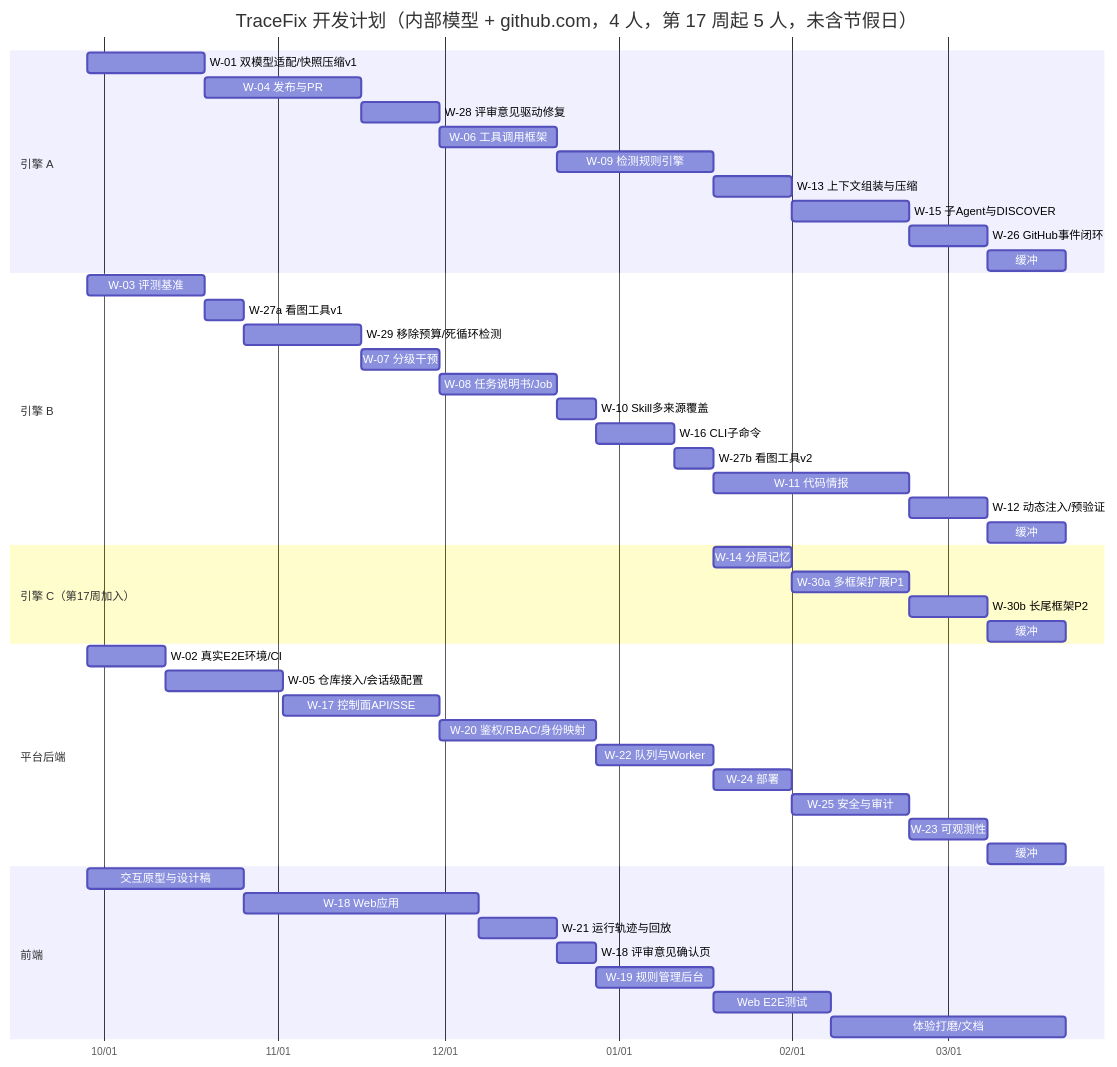
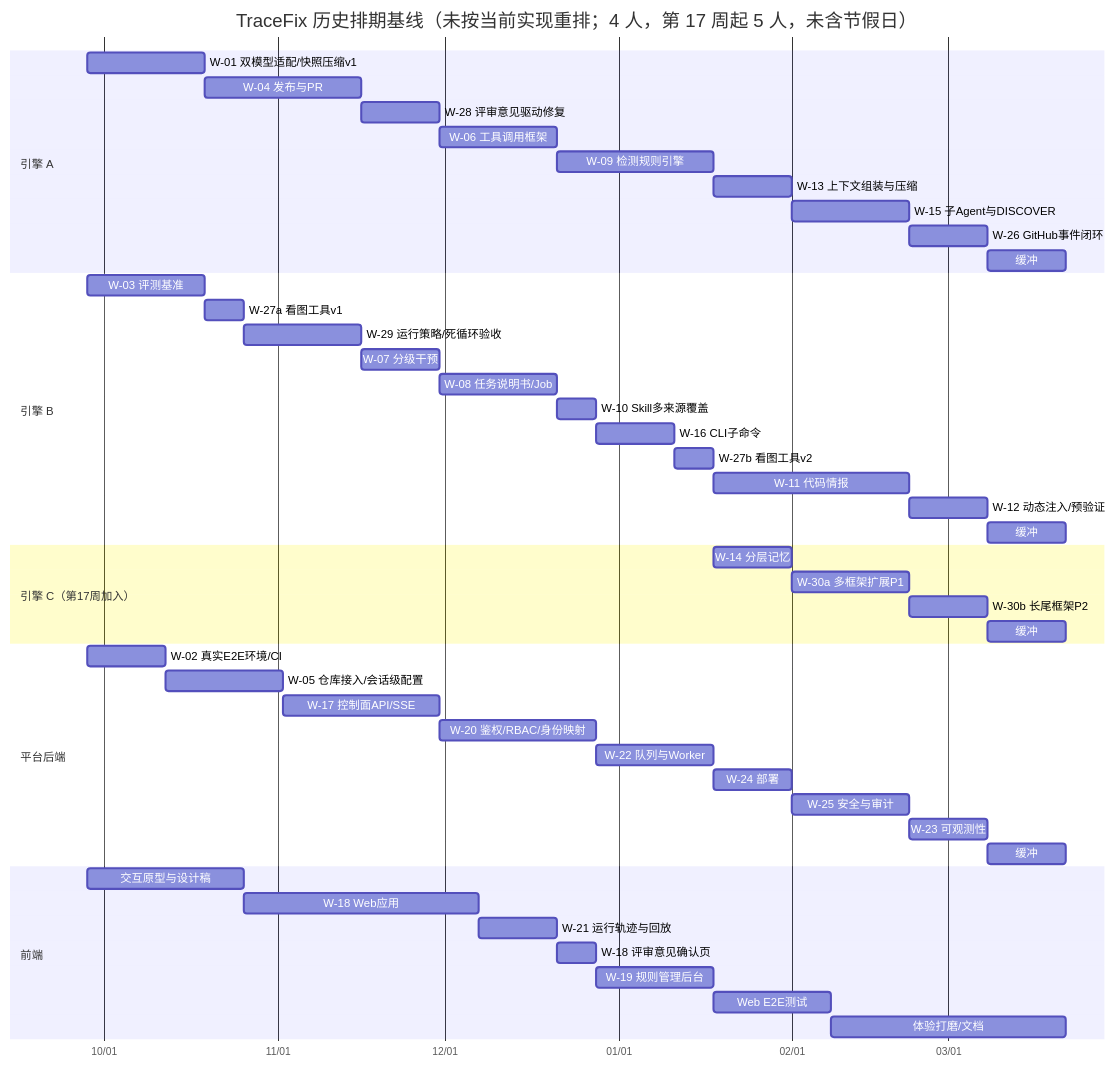
The diagram in docs/产品说明手册/10-开发计划/开发计划与里程碑-内部模型版.md (BUPTtsy/TraceFix-Agent), drawn with Mermaid before and after one commit. The commit also changed other lines of this file and 2 other files, not shown here.

````diff
--- a/docs/产品说明手册/10-开发计划/开发计划与里程碑-内部模型版.md
+++ b/docs/产品说明手册/10-开发计划/开发计划与里程碑-内部模型版.md
@@ -292,51 +311,51 @@
 ```mermaid
 gantt
-  title TraceFix 开发计划（内部模型 + github.com，4 人，第 17 周起 5 人，未含节假日）
+  title TraceFix 历史排期基线（未按当前实现重排；4 人，第 17 周起 5 人，未含节假日）
   dateFormat YYYY-MM-DD
   axisFormat %m/%d
   section 引擎 A
   W-01 双模型适配/快照压缩v1 :a1, 2026-09-28, 21d
   W-04 发布与PR             :a2, after a1, 28d
   W-28 评审意见驱动修复      :a10, after a2, 14d
   W-06 工具调用框架          :a3, after a10, 21d
   W-09 检测规则引擎          :a4, after a3, 28d
   W-13 上下文组装与压缩      :a5, after a4, 14d
   W-15 子Agent与DISCOVER    :a6, after a5, 21d
   W-26 GitHub事件闭环        :a7, after a6, 14d
   缓冲                      :a9, after a7, 14d
   section 引擎 B
   W-03 评测基准             :b1, 2026-09-28, 21d
   W-27a 看图工具v1           :b2, after b1, 7d
-  W-29 移除预算/死循环检测    :b12, after b2, 21d
+  W-29 运行策略/死循环验收    :b12, after b2, 21d
   W-07 分级干预             :b3, after b12, 14d
   W-08 任务说明书/Job       :b4, after b3, 21d
   W-10 Skill多来源覆盖       :b5, after b4, 7d
   W-16 CLI子命令            :b6, after b5, 14d
   W-27b 看图工具v2           :b7, after b6, 7d
   W-11 代码情报             :b8, after b7, 35d
   W-12 动态注入/预验证       :b9, after b8, 14d
   缓冲                      :b11, after b9, 14d
   section 引擎 C（第17周加入）
   W-14 分层记忆             :c1, 2027-01-18, 14d
   W-30a 多框架扩展P1         :c2, after c1, 21d
   W-30b 长尾框架P2           :c3, after c2, 14d
   缓冲                      :c4, after c3, 14d
   section 平台后端
   W-02 真实E2E环境/CI       :p1, 2026-09-28, 14d
   W-05 仓库接入/会话级配置   :p2, after p1, 21d
   W-17 控制面API/SSE        :p3, after p2, 28d
   W-20 鉴权/RBAC/身份映射    :p4, after p3, 28d
   W-22 队列与Worker         :p5, after p4, 21d
   W-24 部署                :p6, after p5, 14d
   W-25 安全与审计           :p7, after p6, 21d
   W-23 可观测性              :p9, after p7, 14d
   缓冲                      :p8, after p9, 14d
   section 前端
   交互原型与设计稿           :f0, 2026-09-28, 28d
   W-18 Web应用             :f1, after f0, 42d
   W-21 运行轨迹与回放        :f2, after f1, 14d
   W-18 评审意见确认页        :f6, after f2, 7d
   W-19 规则管理后台          :f3, after f6, 21d
   Web E2E测试               :f4, after f3, 21d
   体验打磨/文档              :f5, after f4, 42d
 ```
````
